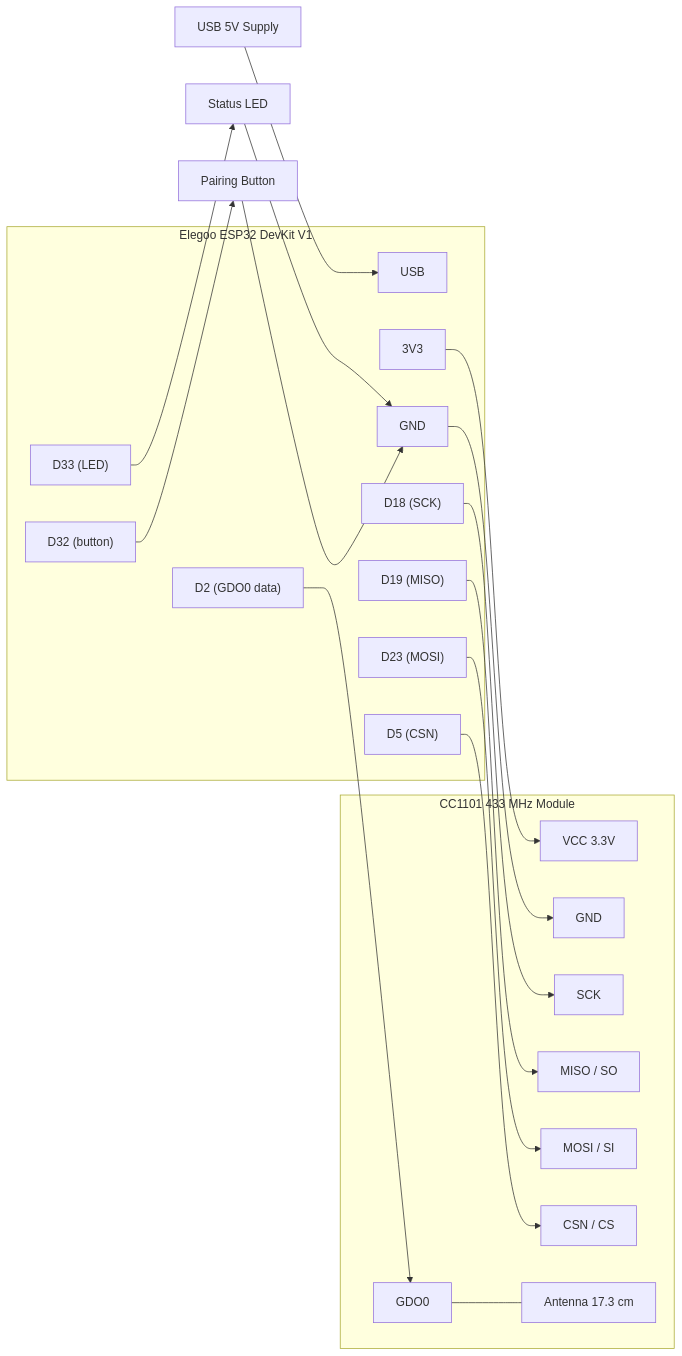
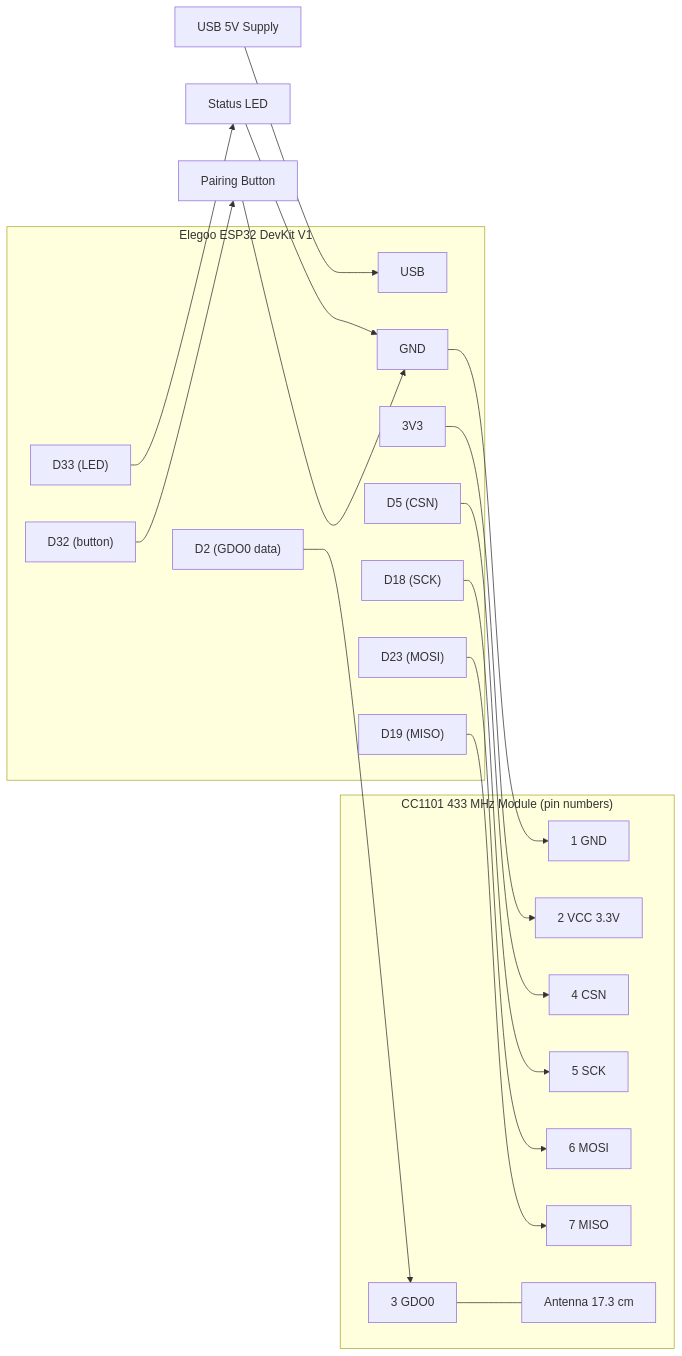
The diagram in docs/hardware.md (tillig/somfy-matter-remote), drawn with Mermaid before and after one commit. The commit also changed other lines of this file, not shown here.

First line of the commit message:
Document the CC1101 pin numbers for the E07-M1101D-SMA

````diff
--- a/docs/hardware.md
+++ b/docs/hardware.md
@@ -96,42 +113,42 @@
 ```mermaid
 flowchart LR
     usb["USB 5V Supply"] --> esp32_usb
     subgraph esp32["Elegoo ESP32 DevKit V1"]
       esp32_usb["USB"]
       esp32_3v3["3V3"]
       esp32_gnd["GND"]
       esp32_d2["D2 (GDO0 data)"]
       esp32_d5["D5 (CSN)"]
       esp32_d18["D18 (SCK)"]
       esp32_d19["D19 (MISO)"]
       esp32_d23["D23 (MOSI)"]
       esp32_d32["D32 (button)"]
       esp32_d33["D33 (LED)"]
     end
-    subgraph cc1101["CC1101 433 MHz Module"]
-      cc_vcc["VCC 3.3V"]
-      cc_gnd["GND"]
-      cc_sck["SCK"]
-      cc_miso["MISO / SO"]
-      cc_mosi["MOSI / SI"]
-      cc_csn["CSN / CS"]
-      cc_gdo0["GDO0"]
+    subgraph cc1101["CC1101 433 MHz Module (pin numbers)"]
+      cc_gnd["1 GND"]
+      cc_vcc["2 VCC 3.3V"]
+      cc_gdo0["3 GDO0"]
+      cc_csn["4 CSN"]
+      cc_sck["5 SCK"]
+      cc_mosi["6 MOSI"]
+      cc_miso["7 MISO"]
       cc_ant["Antenna 17.3 cm"]
     end
 
     esp32_3v3 --> cc_vcc
     esp32_gnd --> cc_gnd
     esp32_d18 --> cc_sck
     esp32_d19 --> cc_miso
     esp32_d23 --> cc_mosi
     esp32_d5 --> cc_csn
     esp32_d2 --> cc_gdo0
     cc_gdo0 --- cc_ant
 
     button["Pairing Button"]
     led["Status LED"]
     esp32_d32 --> button
     button --> esp32_gnd
     esp32_d33 --> led
     led --> esp32_gnd
 ```
````
